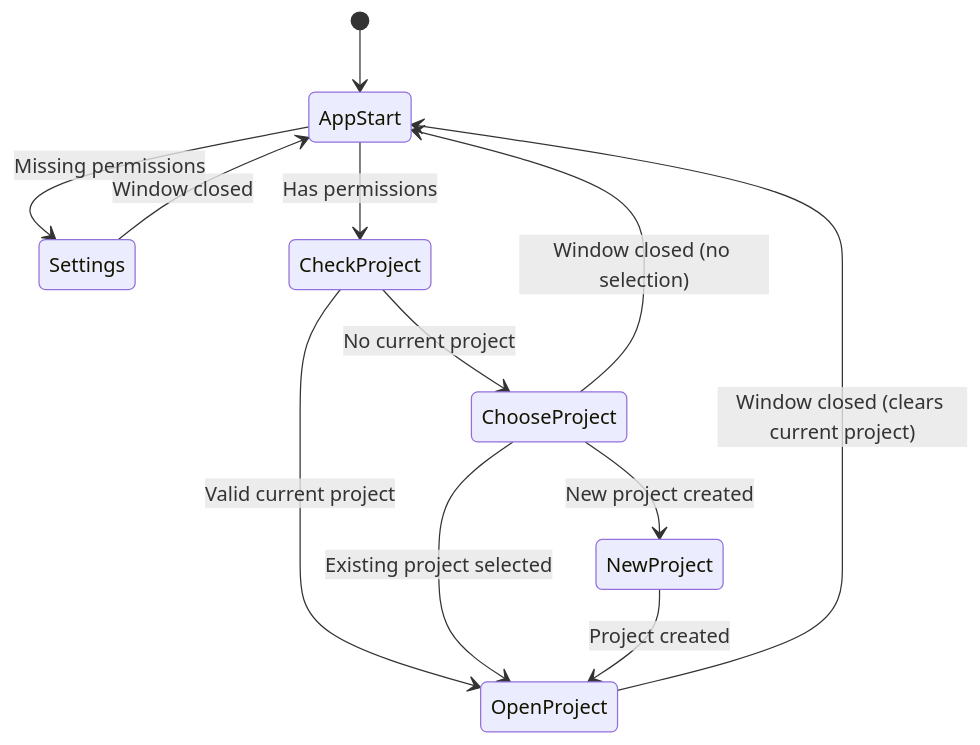
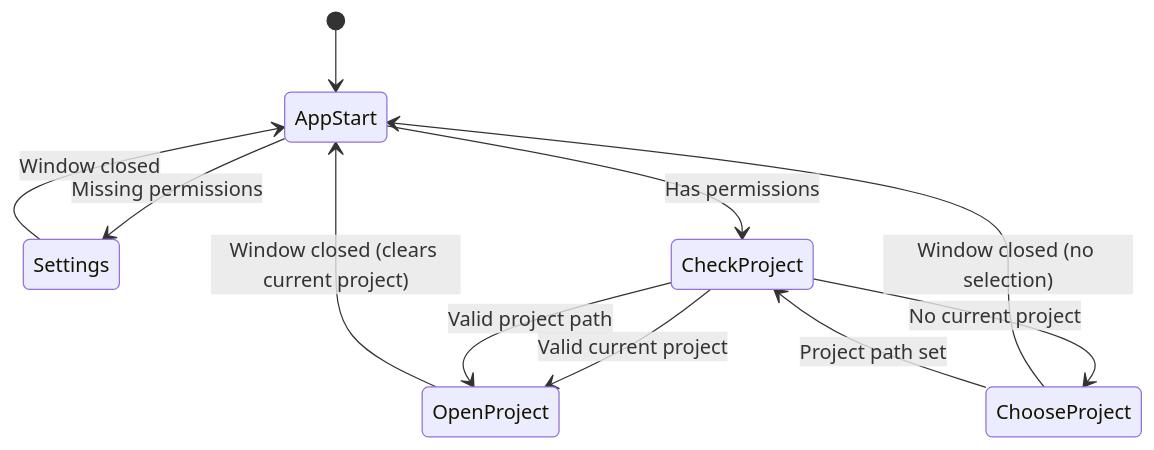
One commit to socratic-shell/symposium changed the diagram in md/design/startup-and-window-management.md. Above: the diagram before and after it, drawn with Mermaid. The commit also changed other lines of this file and 2 other files, not shown here.

First line of the commit message:
Fix project selection flow by using callbacks instead of direct settings modification

````diff
--- a/md/design/startup-and-window-management.md
+++ b/md/design/startup-and-window-management.md
@@ -17,14 +17,13 @@
 ```mermaid
 stateDiagram-v2
     [*] --> AppStart
     AppStart --> Settings : Missing permissions
     AppStart --> CheckProject : Has permissions
     Settings --> AppStart : Window closed
     CheckProject --> OpenProject : Valid current project
     CheckProject --> ChooseProject : No current project
     ChooseProject --> AppStart : Window closed (no selection)
-    ChooseProject --> NewProject : New project created
-    ChooseProject --> OpenProject : Existing project selected
-    NewProject --> OpenProject : Project created
+    ChooseProject --> CheckProject : Project path set
+    CheckProject --> OpenProject : Valid project path
     OpenProject --> AppStart : Window closed (clears current project)
 ```
````
